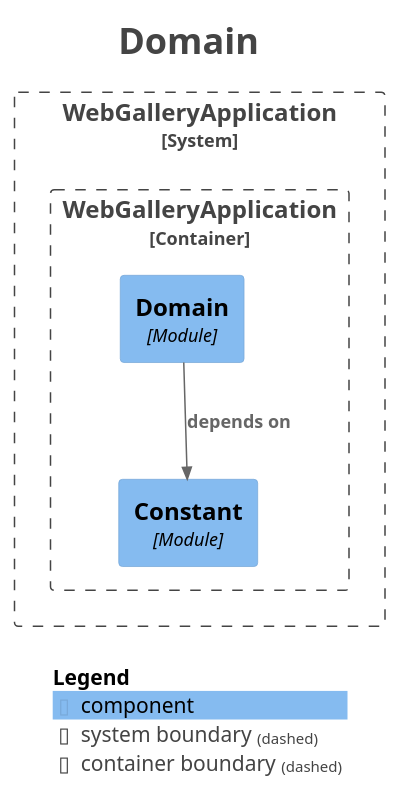
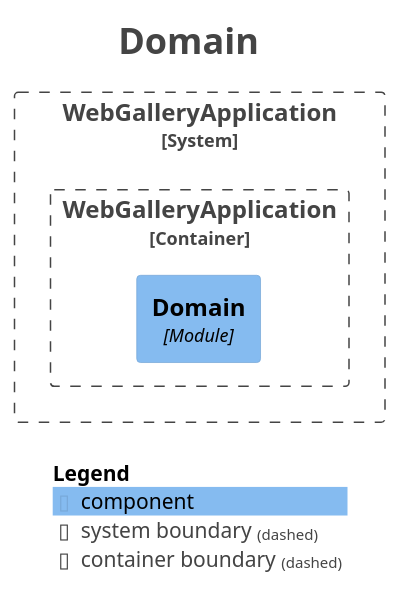
The diagram in doc/modulith/module-domain.puml (KentoKodama214/WebGallery), drawn with PlantUML before and after one commit. The commit also changed 78 other files, not shown here.

```diff
--- a/doc/modulith/module-domain.puml
+++ b/doc/modulith/module-domain.puml
@@ -1,30 +1,27 @@
 @startuml
 title <size:24>Domain</size>
 
 set separator none
 top to bottom direction
 
 <style>
   root {
     BackgroundColor: #ffffff
     FontColor: #444444
   }
 </style>
 
 !include <C4/C4>
 !include <C4/C4_Context>
 !include <C4/C4_Component>
 
 System_Boundary("WebGalleryApplication_boundary", "WebGalleryApplication", $tags="") {
   Container_Boundary("WebGalleryApplication.WebGalleryApplication_boundary", "WebGalleryApplication", $tags="") {
-    Component(WebGalleryApplication.WebGalleryApplication.Constant, "Constant", $techn="Module", $descr="", $tags="", $link="")
     Component(WebGalleryApplication.WebGalleryApplication.Domain, "Domain", $techn="Module", $descr="", $tags="", $link="")
   }
 
 }
 
-Rel(WebGalleryApplication.WebGalleryApplication.Domain, WebGalleryApplication.WebGalleryApplication.Constant, "depends on", $techn="", $tags="", $link="")
-
 SHOW_LEGEND(true)
 hide stereotypes
 @enduml
```
